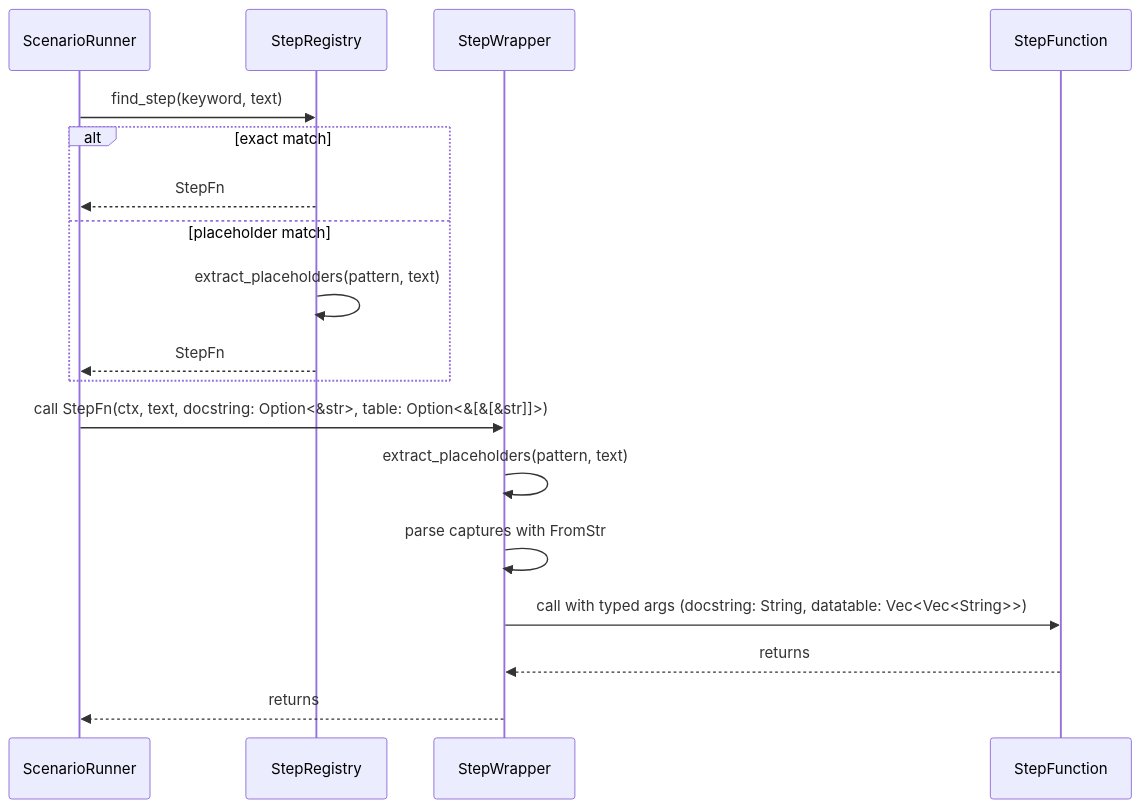
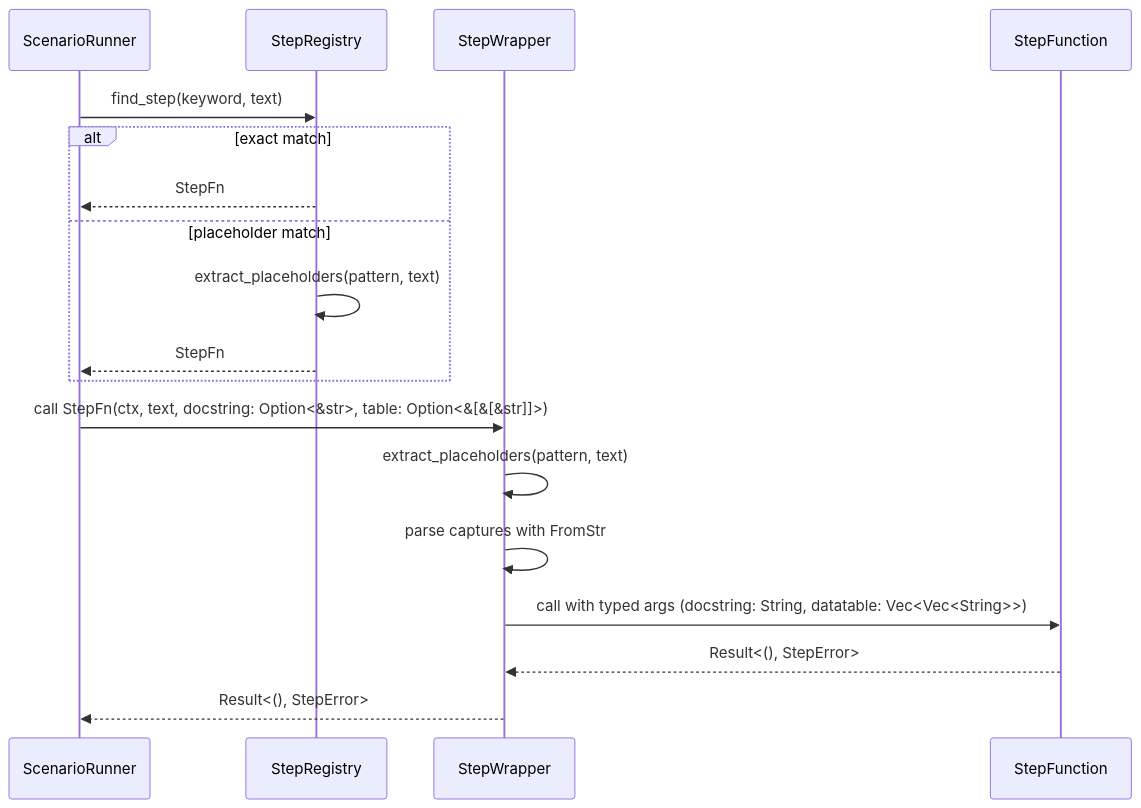
Before and after one commit to leynos/rstest-bdd: the sixth of 6 diagrams in docs/rstest-bdd-design.md, drawn with Mermaid. The commit also changed other lines of this file and 4 other files, not shown here.

Commit message:
Introduce structured StepError for step wrappers

````diff
--- a/docs/rstest-bdd-design.md
+++ b/docs/rstest-bdd-design.md
@@ -1003,21 +1004,21 @@
 ```mermaid
 sequenceDiagram
     participant ScenarioRunner
     participant StepRegistry
     participant StepWrapper
     participant StepFunction
 
     ScenarioRunner->>StepRegistry: find_step(keyword, text)
     alt exact match
         StepRegistry-->>ScenarioRunner: StepFn
     else placeholder match
         StepRegistry->>StepRegistry: extract_placeholders(pattern, text)
         StepRegistry-->>ScenarioRunner: StepFn
     end
     ScenarioRunner->>StepWrapper: call StepFn(ctx, text, docstring: Option<&str>, table: Option<&[&[&str]]>)
     StepWrapper->>StepWrapper: extract_placeholders(pattern, text)
     StepWrapper->>StepWrapper: parse captures with FromStr
     StepWrapper->>StepFunction: call with typed args (docstring: String, datatable: Vec<Vec<String>>)
-    StepFunction-->>StepWrapper: returns
-    StepWrapper-->>ScenarioRunner: returns
+    StepFunction-->>StepWrapper: Result<(), StepError>
+    StepWrapper-->>ScenarioRunner: Result<(), StepError>
 ```
````
